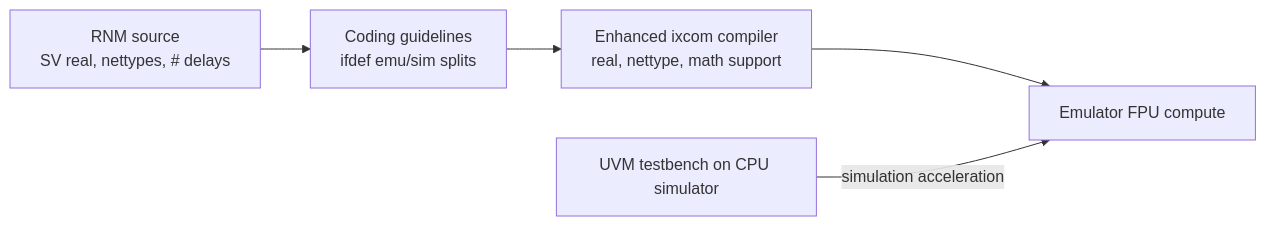
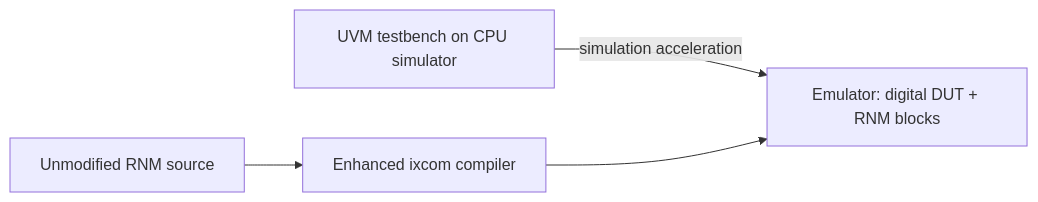
The diagram in docs/papers/ref-20261018-8099-enabling-true-system-level-mixed-signal-emulation.md (nemo99007/yt-paper), drawn with Mermaid before and after one commit. The commit also changed other lines of this file and 172 other files, not shown here.

````diff
--- a/docs/papers/ref-20261018-8099-enabling-true-system-level-mixed-signal-emulation.md
+++ b/docs/papers/ref-20261018-8099-enabling-true-system-level-mixed-signal-emulation.md
@@ -186,7 +212,5 @@
 ```mermaid
 flowchart LR
-  A[RNM source<br/>SV real, nettypes, # delays] --> B[Coding guidelines<br/>ifdef emu/sim splits]
-  B --> C[Enhanced ixcom compiler<br/>real, nettype, math support]
-  C --> D[Emulator FPU compute]
-  E[UVM testbench on CPU simulator] -->|simulation acceleration| D
+  TB[UVM testbench on CPU simulator] -->|simulation acceleration| EMU[Emulator: digital DUT + RNM blocks]
+  RNM[Unmodified RNM source] --> IX[Enhanced ixcom compiler] --> EMU
 ```
````
